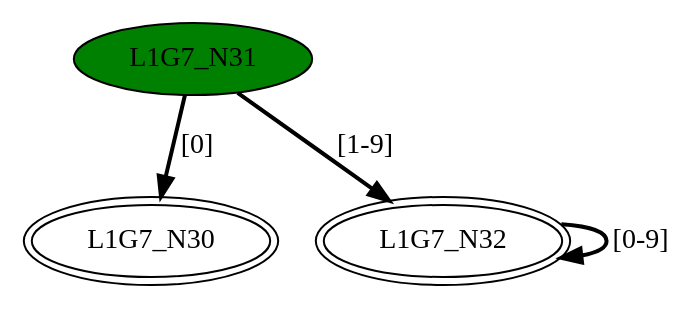
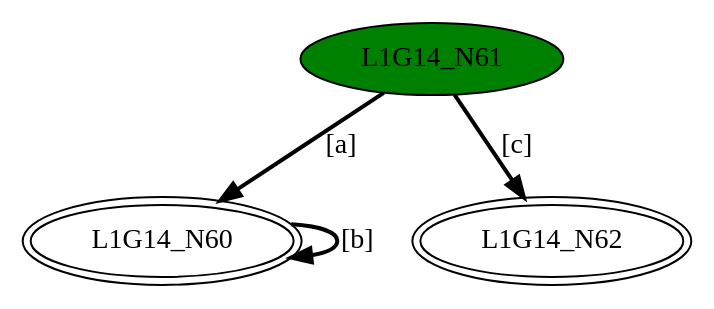
Before and after one commit to GDimitroulakos/EDUFLEX: the diagram in DFASimulator/Testbench/minimizedDFA1.dot, drawn with Graphviz. The commit also changed 216 other files, not shown here.

```diff
--- a/DFASimulator/Testbench/minimizedDFA1.dot
+++ b/DFASimulator/Testbench/minimizedDFA1.dot
@@ -1,8 +1,8 @@
-digraph G7{
-"L1G7_N30" [peripheries=2];
-"L1G7_N31" [style=filled,fillcolor=green];
-"L1G7_N32" [peripheries=2];
-"L1G7_N31"->"L1G7_N30" [style = bold, label = "[0]"];
-"L1G7_N31"->"L1G7_N32" [style = bold, label = "[1-9]"];
-"L1G7_N32"->"L1G7_N32" [style = bold, label = "[0-9]"];
+digraph G14{
+"L1G14_N60" [peripheries=2];
+"L1G14_N61" [style=filled,fillcolor=green];
+"L1G14_N62" [peripheries=2];
+"L1G14_N60"->"L1G14_N60" [style = bold, label = "[b]"];
+"L1G14_N61"->"L1G14_N60" [style = bold, label = "[a]"];
+"L1G14_N61"->"L1G14_N62" [style = bold, label = "[c]"];
 }
```
